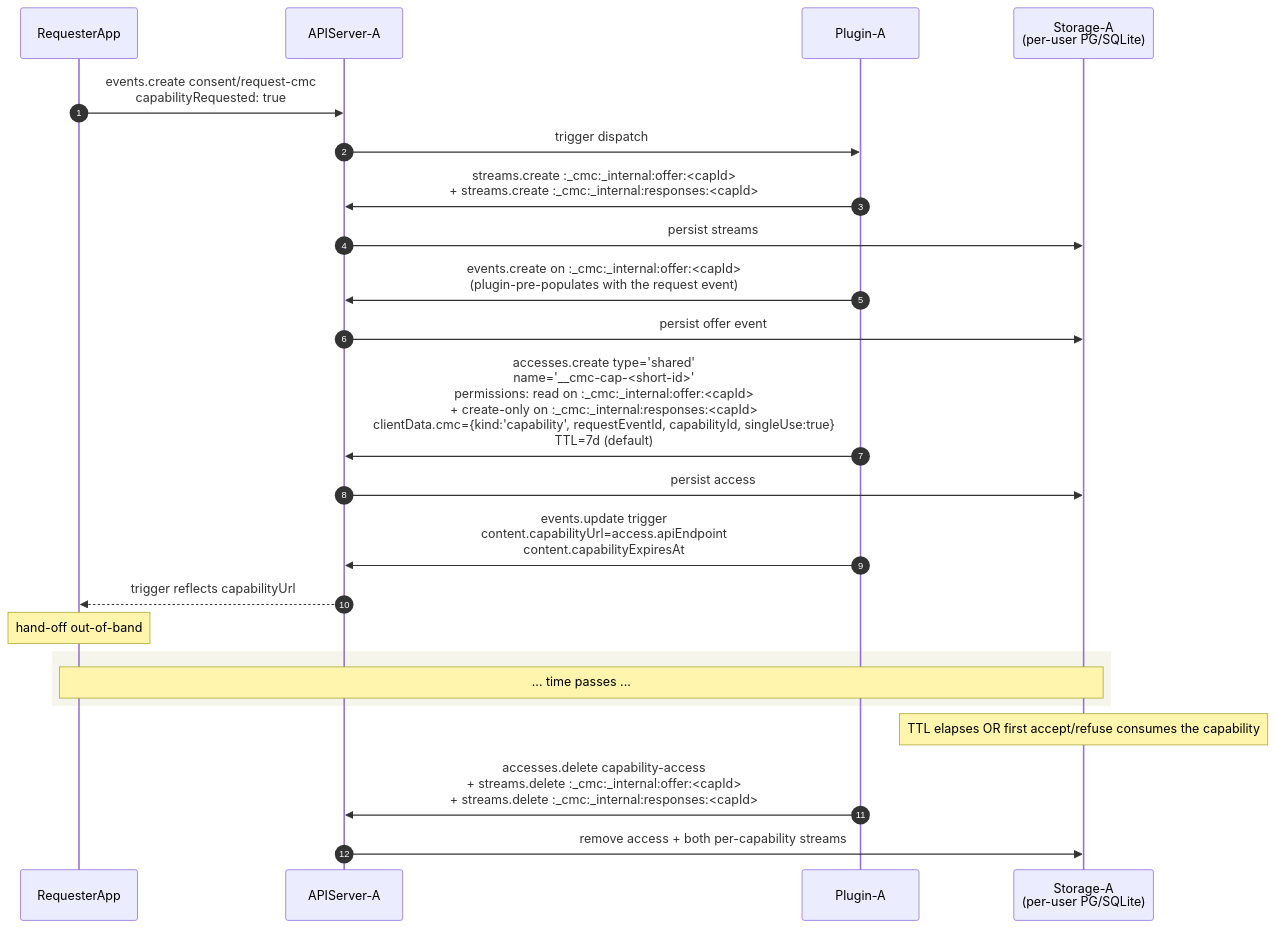
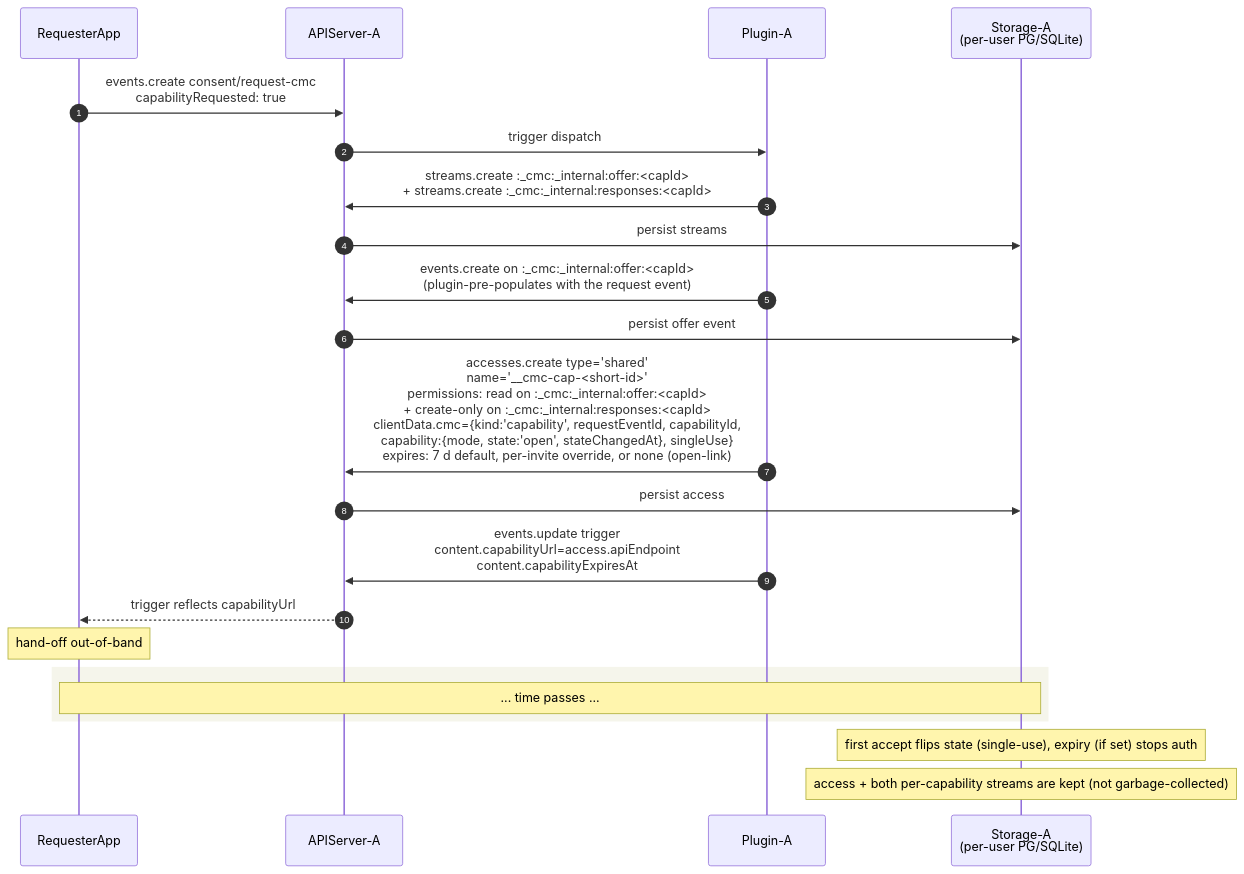
The second of 14 diagrams in components/cmc/INTERNALS.md (pryv/open-pryv.io), drawn with Mermaid before and after one commit. The commit also changed other lines of this file and 20 other files, not shown here.

````diff
--- a/components/cmc/INTERNALS.md
+++ b/components/cmc/INTERNALS.md
@@ -86,28 +86,27 @@
 ```mermaid
 sequenceDiagram
     autonumber
     participant App as RequesterApp
     participant APIServer as APIServer-A
     participant Plugin as Plugin-A
     participant Storage as Storage-A<br/>(per-user PG/SQLite)
 
     App->>APIServer: events.create consent/request-cmc<br/>capabilityRequested: true
     APIServer->>Plugin: trigger dispatch
     Plugin->>APIServer: streams.create :_cmc:_internal:offer:<capId><br/>+ streams.create :_cmc:_internal:responses:<capId>
     APIServer->>Storage: persist streams
     Plugin->>APIServer: events.create on :_cmc:_internal:offer:<capId><br/>(plugin-pre-populates with the request event)
     APIServer->>Storage: persist offer event
-    Plugin->>APIServer: accesses.create type='shared'<br/>name='__cmc-cap-<short-id>'<br/>permissions: read on :_cmc:_internal:offer:<capId><br/>+ create-only on :_cmc:_internal:responses:<capId><br/>clientData.cmc={kind:'capability', requestEventId, capabilityId, singleUse:true}<br/>TTL=7d (default)
+    Plugin->>APIServer: accesses.create type='shared'<br/>name='__cmc-cap-<short-id>'<br/>permissions: read on :_cmc:_internal:offer:<capId><br/>+ create-only on :_cmc:_internal:responses:<capId><br/>clientData.cmc={kind:'capability', requestEventId, capabilityId,<br/>capability:{mode, state:'open', stateChangedAt}, singleUse}<br/>expires: 7 d default, per-invite override, or none (open-link)
     APIServer->>Storage: persist access
     Plugin->>APIServer: events.update trigger<br/>content.capabilityUrl=access.apiEndpoint<br/>content.capabilityExpiresAt
     APIServer-->>App: trigger reflects capabilityUrl
     Note over App: hand-off out-of-band
 
     rect rgb(245, 245, 235)
     Note over App,Storage: ... time passes ...
     end
 
-    Note over Storage: TTL elapses OR first accept/refuse consumes the capability
-    Plugin->>APIServer: accesses.delete capability-access<br/>+ streams.delete :_cmc:_internal:offer:<capId><br/>+ streams.delete :_cmc:_internal:responses:<capId>
-    APIServer->>Storage: remove access + both per-capability streams
+    Note over Storage: first accept flips state (single-use), expiry (if set) stops auth
+    Note over Storage: access + both per-capability streams are kept (not garbage-collected)
 ```
````
